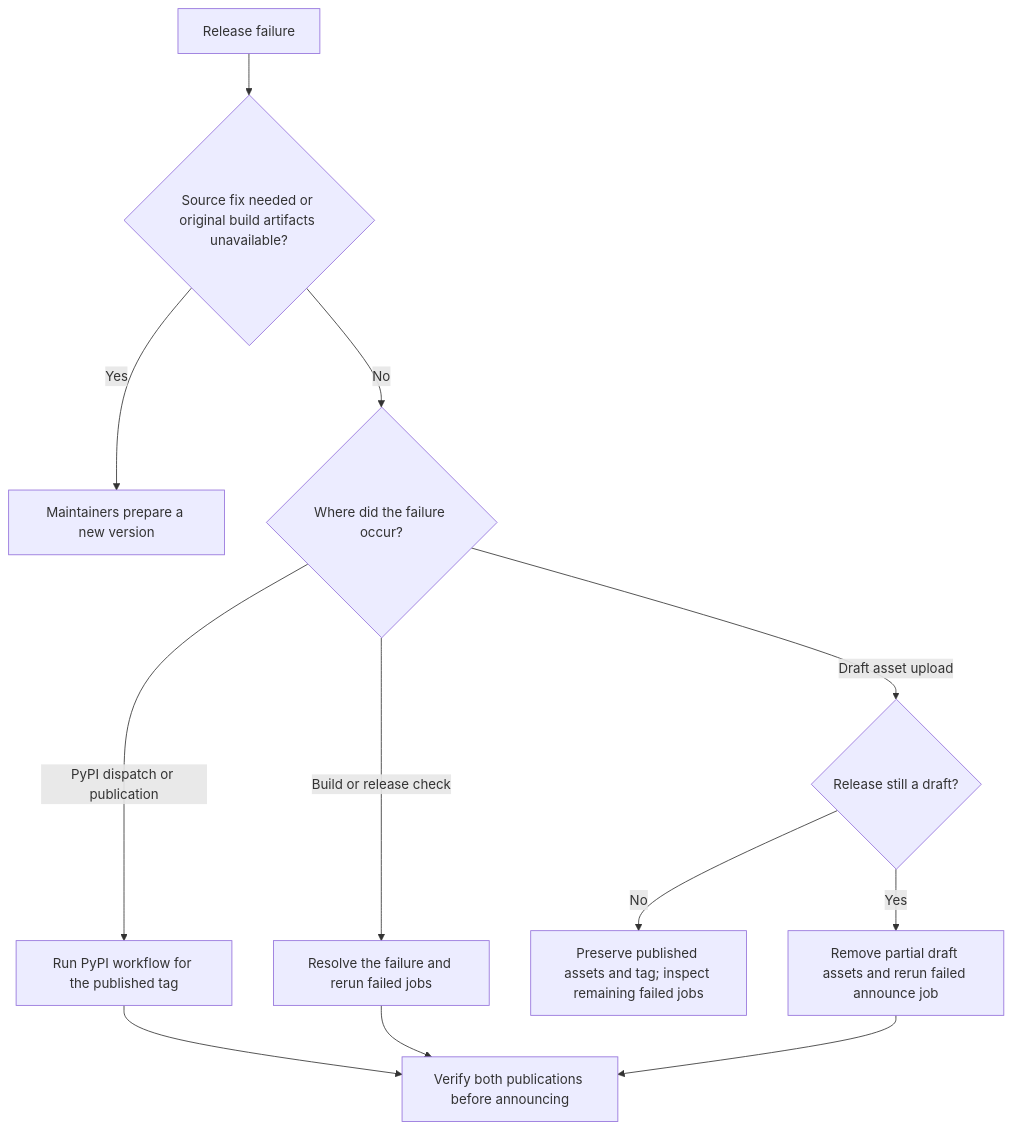
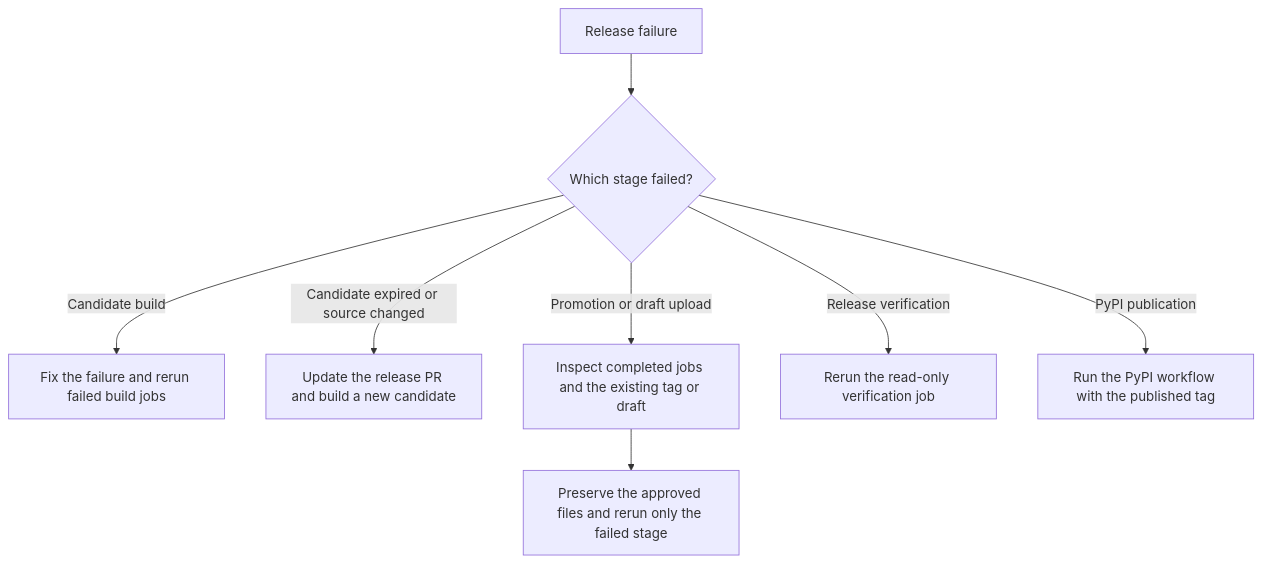
Before and after one commit to NatLabRockies/arco: the second of 2 diagrams in RELEASE_POLICY.md, drawn with Mermaid. The commit also changed other lines of this file and 20 other files, not shown here.

Commit message:
feat(release): promote maintainer-approved candidate artifacts

````diff
--- a/RELEASE_POLICY.md
+++ b/RELEASE_POLICY.md
@@ -124,14 +99,10 @@
 ```mermaid
 flowchart TD
-    Failure[Release failure] --> Fix{Source fix needed or original build artifacts unavailable?}
-    Fix -->|Yes| Version[Maintainers prepare a new version]
-    Fix -->|No| Stage{Where did the failure occur?}
-    Stage -->|Build or release check| Retry[Resolve the failure and rerun failed jobs]
-    Stage -->|Draft asset upload| Draft{Release still a draft?}
-    Draft -->|Yes| Clean[Remove partial draft assets and rerun failed announce job]
-    Draft -->|No| Preserve[Preserve published assets and tag; inspect remaining failed jobs]
-    Stage -->|PyPI dispatch or publication| PyPI[Run PyPI workflow for the published tag]
-    PyPI --> Verify[Verify both publications before announcing]
-    Retry --> Verify
-    Clean --> Verify
+    Failure[Release failure] --> Stage{Which stage failed?}
+    Stage -->|Candidate build| Build[Fix the failure and rerun failed build jobs]
+    Stage -->|Candidate expired or source changed| Fresh[Update the release PR and build a new candidate]
+    Stage -->|Promotion or draft upload| Inspect[Inspect completed jobs and the existing tag or draft]
+    Inspect --> Preserve[Preserve the approved files and rerun only the failed stage]
+    Stage -->|Release verification| Verify[Rerun the read-only verification job]
+    Stage -->|PyPI publication| PyPI[Run the PyPI workflow with the published tag]
 ```
````
